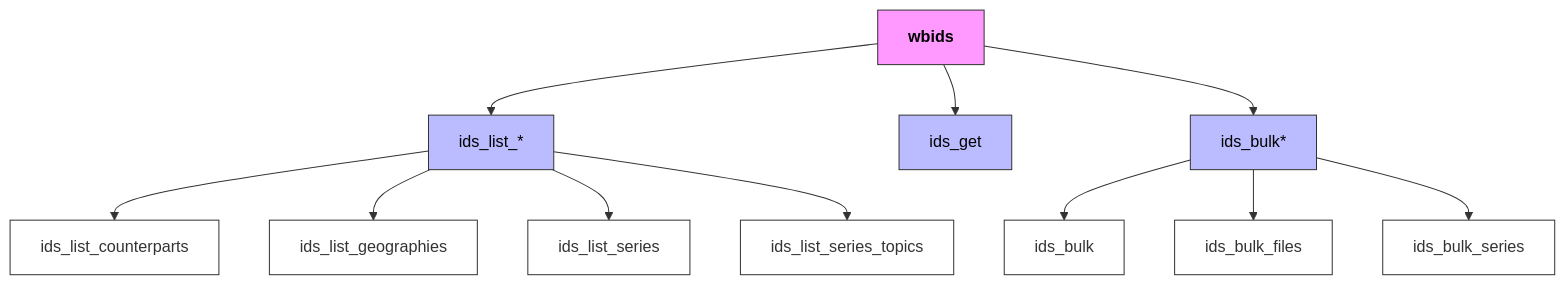
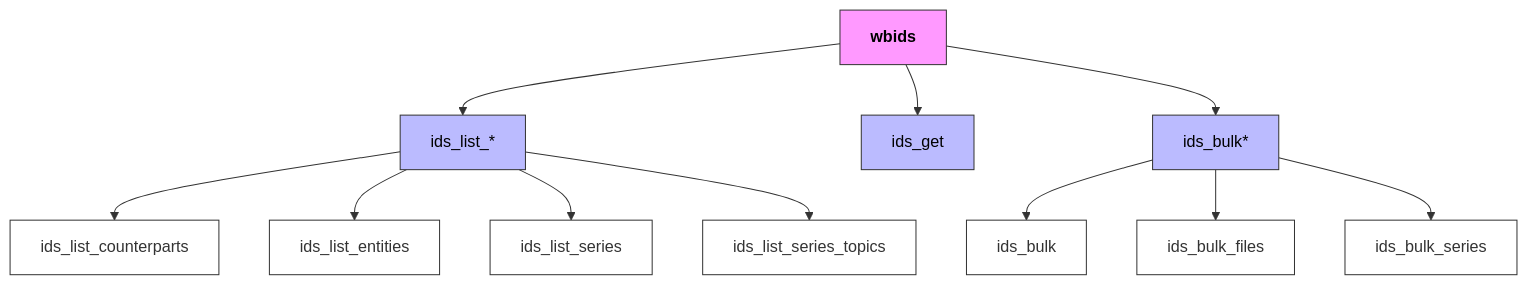
One commit to Teal-Insights/r-wbids changed the diagram in README.Rmd. Above: the diagram before and after it, drawn with Mermaid. The commit also changed other lines of this file and 25 other files, not shown here.

Commit message:
Rename geographies to entities

````diff
--- a/README.Rmd
+++ b/README.Rmd
@@ -95,23 +97,23 @@
 ```mermaid
 graph TB
     A[wbids] --> B[ids_list_*]
     A --> C[ids_get]
     A --> D[ids_bulk*]
     
     B --> B1[ids_list_counterparts]
-    B --> B2[ids_list_geographies] 
+    B --> B2[ids_list_entities] 
     B --> B3[ids_list_series]
     B --> B4[ids_list_series_topics]
     
     D --> D1[ids_bulk]
     D --> D2[ids_bulk_files]
     D --> D3[ids_bulk_series]
 
     classDef default fill:#fff,stroke:#333,color:#333
     classDef main fill:#f9f,stroke:#333,color:#000,font-weight:bold
     classDef group fill:#bbf,stroke:#333,color:#000
 
     class A main
     class B,C,D group
     class B1,B2,B3,B4,D1,D2,D3 default
 ```
````
